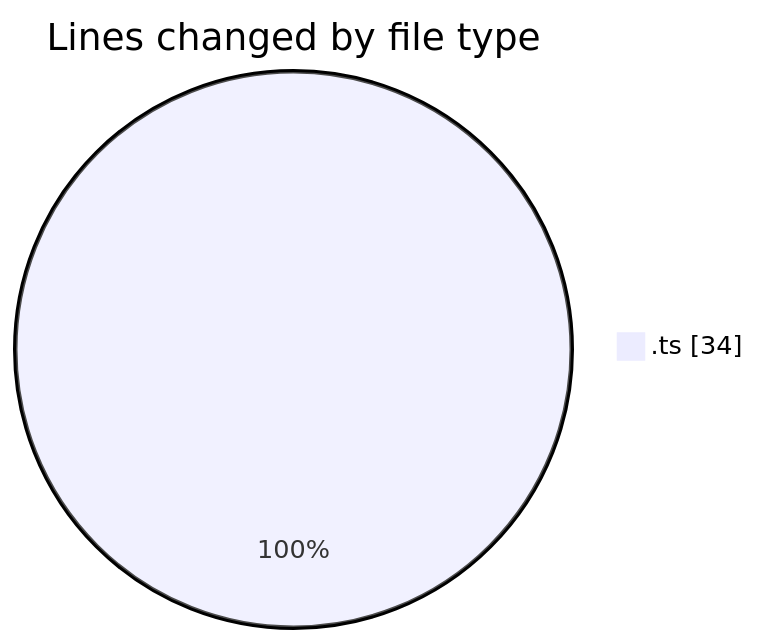
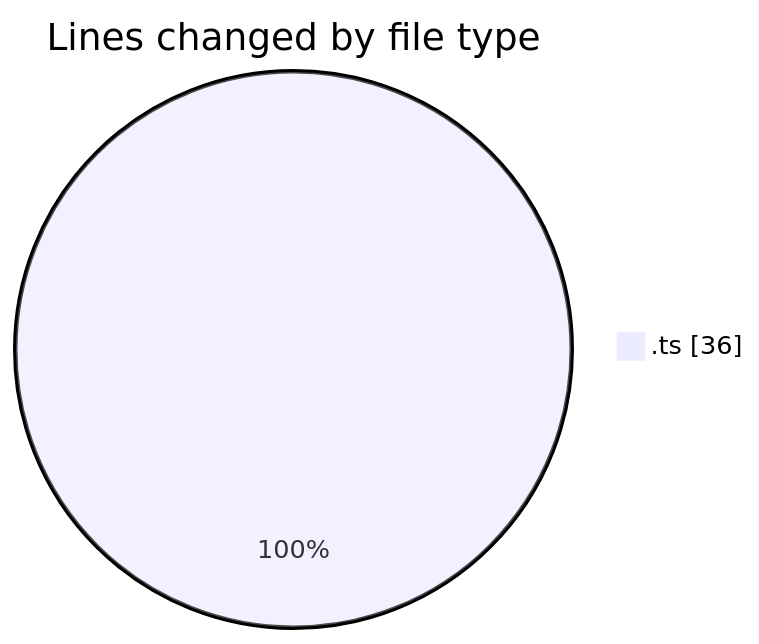
The first of 2 diagrams in 2026-03-30/cinema/README.md (igalym/code-tracking), drawn with Mermaid before and after one commit. The commit also changed other lines of this file and 1 other file, not shown here.

````diff
--- a/2026-03-30/cinema/README.md
+++ b/2026-03-30/cinema/README.md
@@ -21,5 +21,5 @@
 ```mermaid
 pie showData
 title Lines changed by file type
-".ts" : 34
+".ts" : 36
 ```
````
